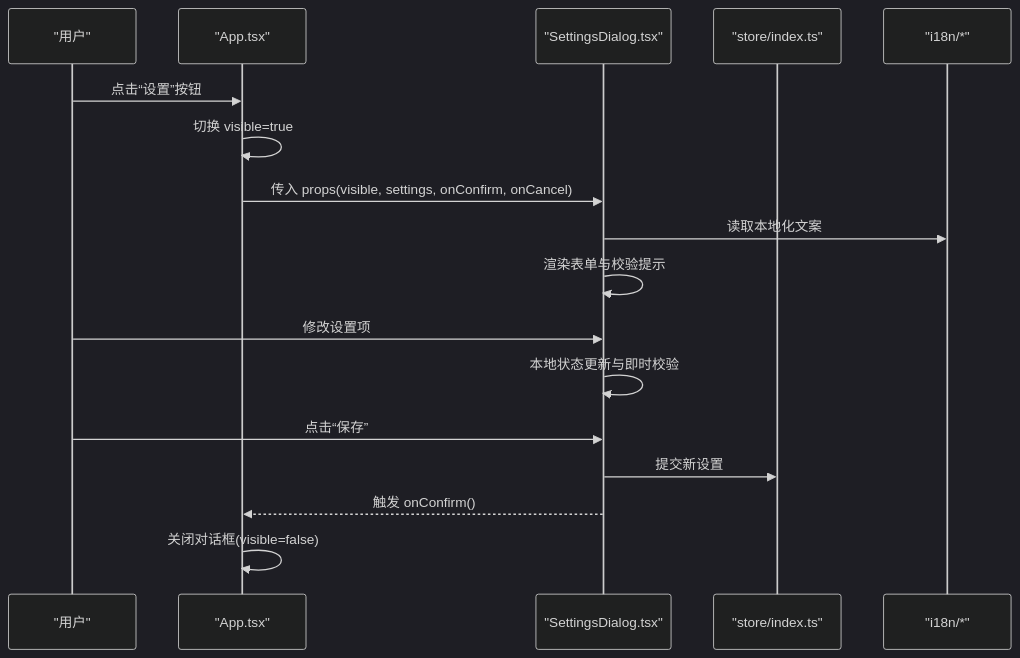
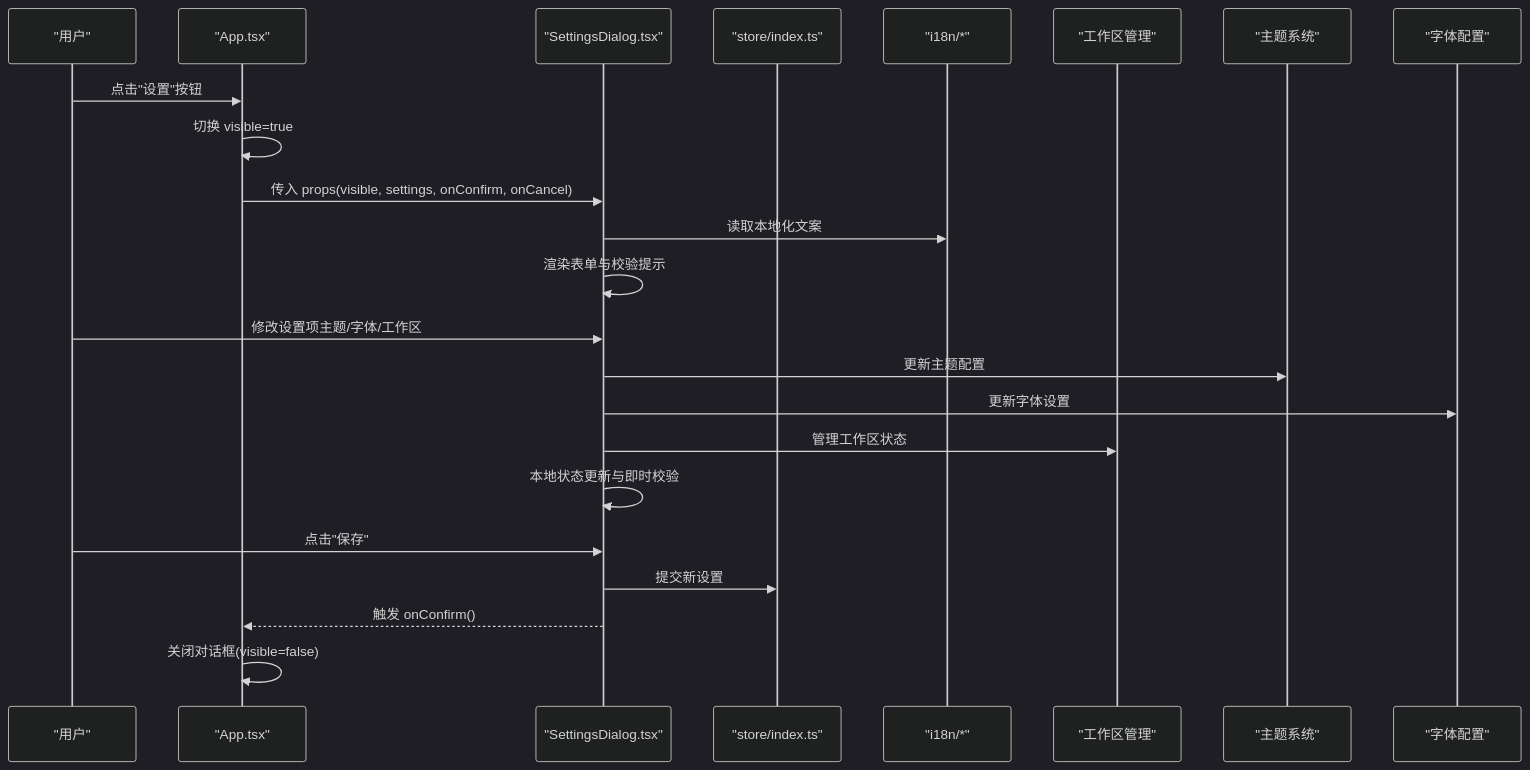
Before and after one commit to gongshiyun/ZenNote: the second of 4 diagrams in .qoder/repowiki/zh/content/对话框系统.md, drawn with Mermaid (dark theme). The commit also changed other lines of this file and 40 other files, not shown here.

````diff
--- a/.qoder/repowiki/zh/content/对话框系统.md
+++ b/.qoder/repowiki/zh/content/对话框系统.md
@@ -79,19 +96,25 @@
 ```mermaid
 sequenceDiagram
 participant U as "用户"
 participant A as "App.tsx"
 participant SD as "SettingsDialog.tsx"
 participant ST as "store/index.ts"
 participant I18N as "i18n/*"
-U->>A : 点击“设置”按钮
+participant WS as "工作区管理"
+participant TH as "主题系统"
+participant FT as "字体配置"
+U->>A : 点击"设置"按钮
 A->>A : 切换 visible=true
 A->>SD : 传入 props(visible, settings, onConfirm, onCancel)
 SD->>I18N : 读取本地化文案
 SD->>SD : 渲染表单与校验提示
-U->>SD : 修改设置项
+U->>SD : 修改设置项主题/字体/工作区
+SD->>TH : 更新主题配置
+SD->>FT : 更新字体设置
+SD->>WS : 管理工作区状态
 SD->>SD : 本地状态更新与即时校验
-U->>SD : 点击“保存”
+U->>SD : 点击"保存"
 SD->>ST : 提交新设置
 SD-->>A : 触发 onConfirm()
 A->>A : 关闭对话框(visible=false)
 ```
````
